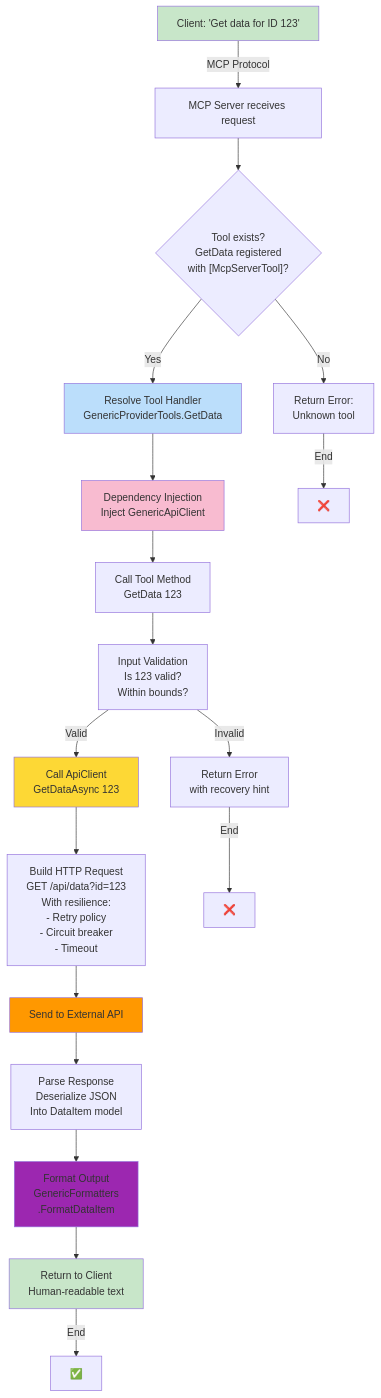
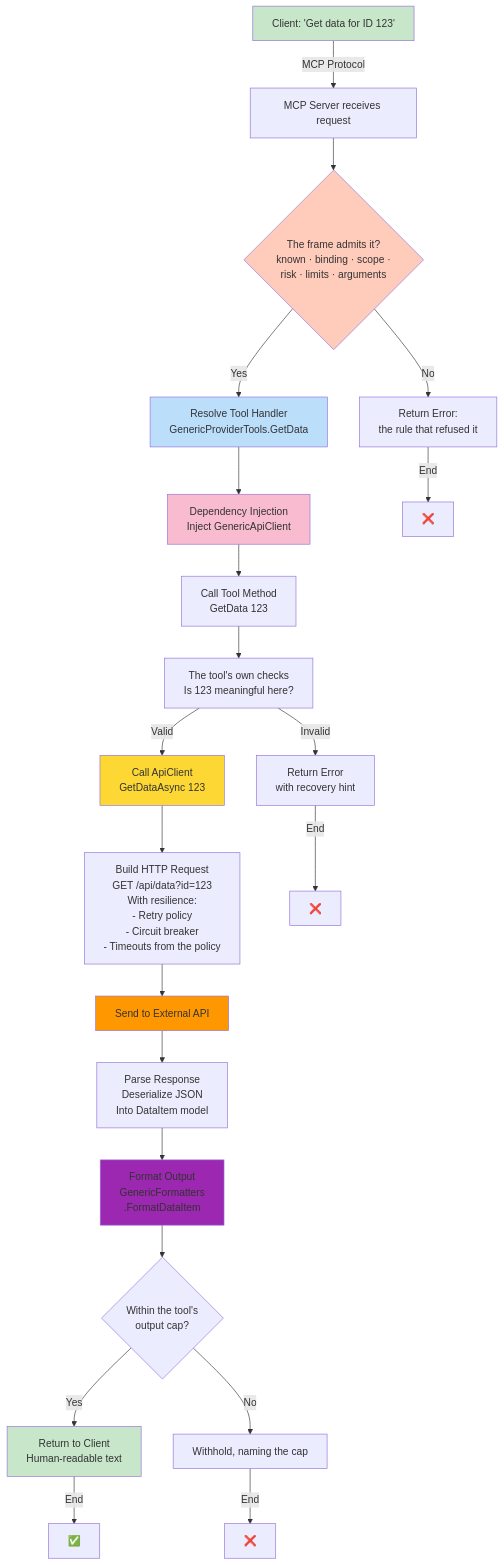
The seventh of 10 diagrams in docs/02-ARCHITECTURE-FLOWCHARTS.md (oskarc/MCPExtensibleTemplate), drawn with Mermaid before and after one commit. The commit also changed other lines of this file and 24 other files, not shown here.

````diff
--- a/docs/02-ARCHITECTURE-FLOWCHARTS.md
+++ b/docs/02-ARCHITECTURE-FLOWCHARTS.md
@@ -259,42 +262,47 @@
 ```mermaid
 graph TD
     A["Client: 'Get data for ID 123'"] -->|MCP Protocol| B["MCP Server receives request"]
-    
-    B --> C{"Tool exists?<br/>GetData registered<br/>with [McpServerTool]?"}
-    
+
+    B --> C{"The frame admits it?<br/>known · binding · scope ·<br/>risk · limits · arguments"}
+
     C -->|Yes| D["Resolve Tool Handler<br/>GenericProviderTools.GetData"]
-    
-    C -->|No| E["Return Error:<br/>Unknown tool"]
-    
+
+    C -->|No| E["Return Error:<br/>the rule that refused it"]
+
     D --> F["Dependency Injection<br/>Inject GenericApiClient"]
-    
+
     F --> G["Call Tool Method<br/>GetData 123"]
-    
-    G --> H["Input Validation<br/>Is 123 valid?<br/>Within bounds?"]
-    
+
+    G --> H["The tool's own checks<br/>Is 123 meaningful here?"]
+
     H -->|Invalid| I["Return Error<br/>with recovery hint"]
-    
+
     H -->|Valid| J["Call ApiClient<br/>GetDataAsync 123"]
-    
-    J --> K["Build HTTP Request<br/>GET /api/data?id=123<br/>With resilience:<br/>- Retry policy<br/>- Circuit breaker<br/>- Timeout"]
-    
+
+    J --> K["Build HTTP Request<br/>GET /api/data?id=123<br/>With resilience:<br/>- Retry policy<br/>- Circuit breaker<br/>- Timeouts from the policy"]
+
     K --> L["Send to External API"]
-    
+
     L --> M["Parse Response<br/>Deserialize JSON<br/>Into DataItem model"]
-    
+
     M --> N["Format Output<br/>GenericFormatters<br/>.FormatDataItem"]
-    
-    N --> O["Return to Client<br/>Human-readable text"]
+
+    N --> P{"Within the tool's<br/>output cap?"}
+
+    P -->|Yes| O["Return to Client<br/>Human-readable text"]
+    P -->|No| Q["Withhold, naming the cap"]
 
     E -->|End| Z1["❌"]
     I -->|End| Z2["❌"]
+    Q -->|End| Z4["❌"]
     O -->|End| Z3["✅"]
 
     style A fill:#c8e6c9
+    style C fill:#ffccbc
     style D fill:#bbdefb
     style F fill:#f8bbd0
     style J fill:#fdd835
     style L fill:#ff9800
     style N fill:#9c27b0
     style O fill:#c8e6c9
 ```
````
